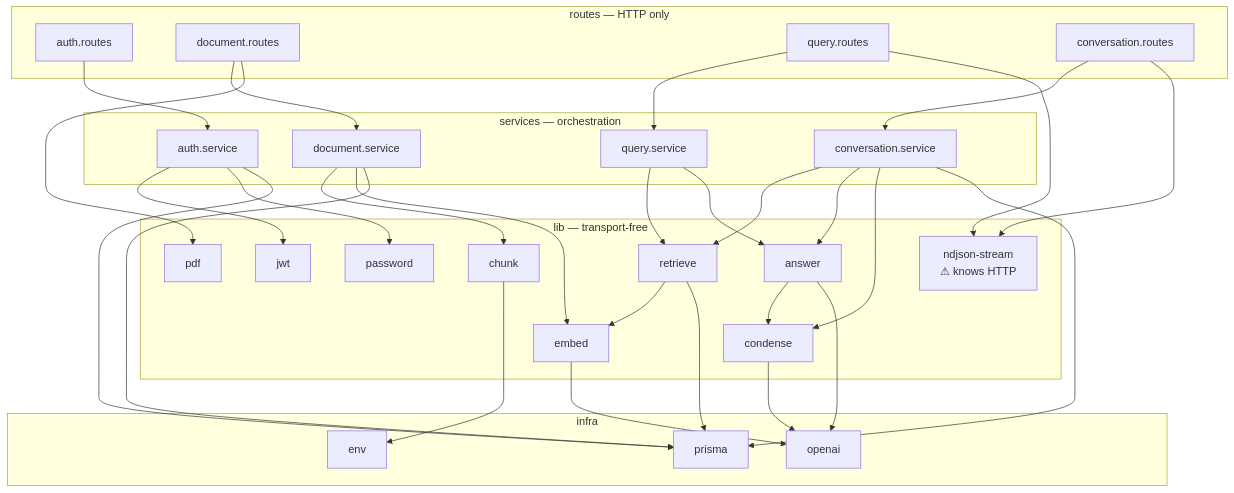
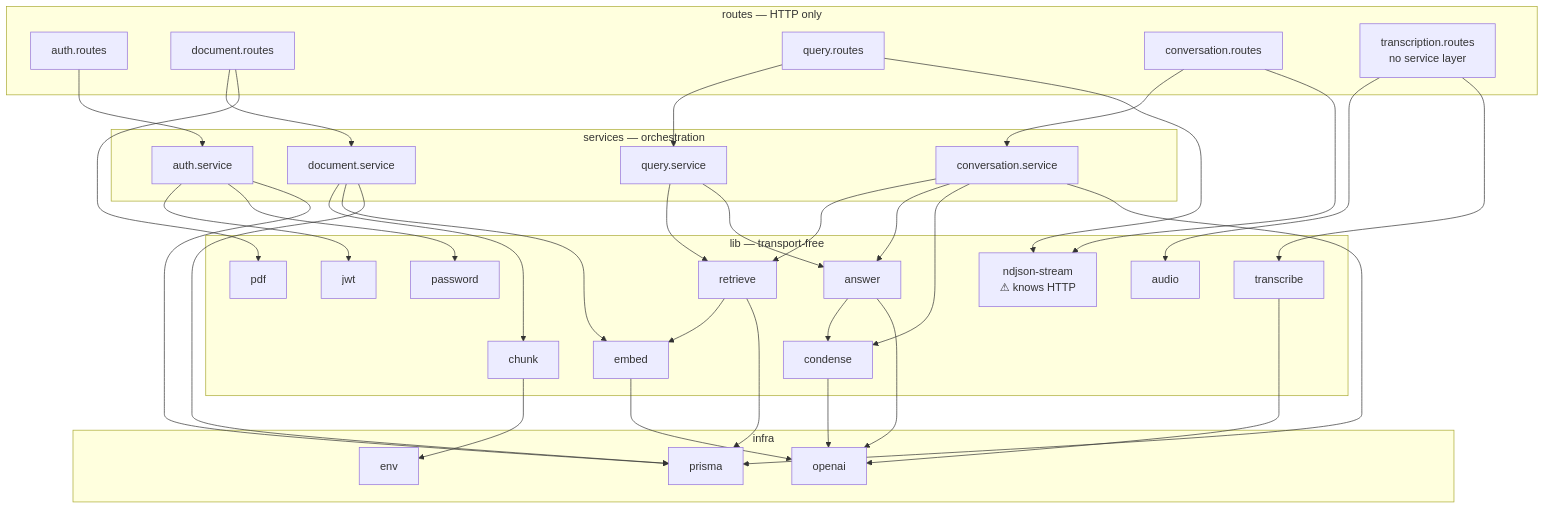
Before and after one commit to AbhishekSatyam96/rag-assistant: the first of 7 diagrams in docs/lld.md, drawn with Mermaid. The commit also changed other lines of this file and 20 other files, not shown here.

````diff
--- a/docs/lld.md
+++ b/docs/lld.md
@@ -17,58 +17,64 @@
 ```mermaid
 flowchart TD
     subgraph routes["routes — HTTP only"]
         AR["auth.routes"]
         DR["document.routes"]
         QR["query.routes"]
         CR["conversation.routes"]
+        TR["transcription.routes<br/>no service layer"]
     end
     subgraph services["services — orchestration"]
         AS["auth.service"]
         DS["document.service"]
         QS["query.service"]
         CS["conversation.service"]
     end
     subgraph lib["lib — transport-free"]
         PD["pdf"]
         CH["chunk"]
         EM["embed"]
         RE["retrieve"]
         AN["answer"]
         CO["condense"]
+        AU["audio"]
+        TC["transcribe"]
         JW["jwt"]
         PW["password"]
         NS["ndjson-stream<br/>⚠ knows HTTP"]
     end
     subgraph infra["infra"]
         PR["prisma"]
         OA["openai"]
         EN["env"]
     end
 
     AR --> AS
     DR --> DS
     QR --> QS
     CR --> CS
     QR --> NS
     CR --> NS
     DR --> PD
+    TR --> AU
+    TR --> TC
+    TC --> OA
     AS --> JW
     AS --> PW
     DS --> CH
     DS --> EM
     QS --> RE
     QS --> AN
     CS --> RE
     CS --> AN
     CS --> CO
     CS --> PR
     AN --> CO
     RE --> EM
     CH --> EN
     EM --> OA
     AN --> OA
     CO --> OA
     RE --> PR
     DS --> PR
     AS --> PR
 ```
````
